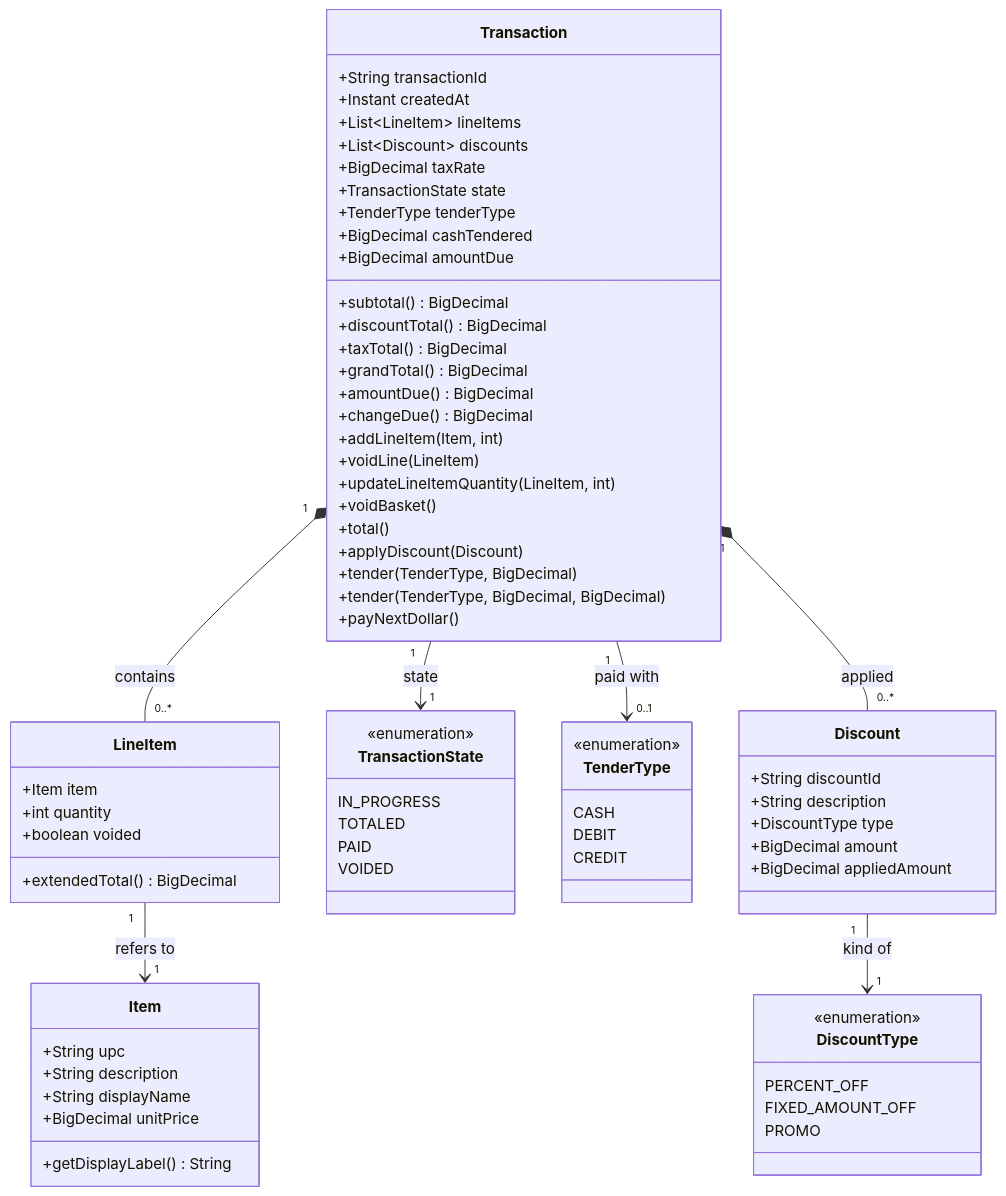
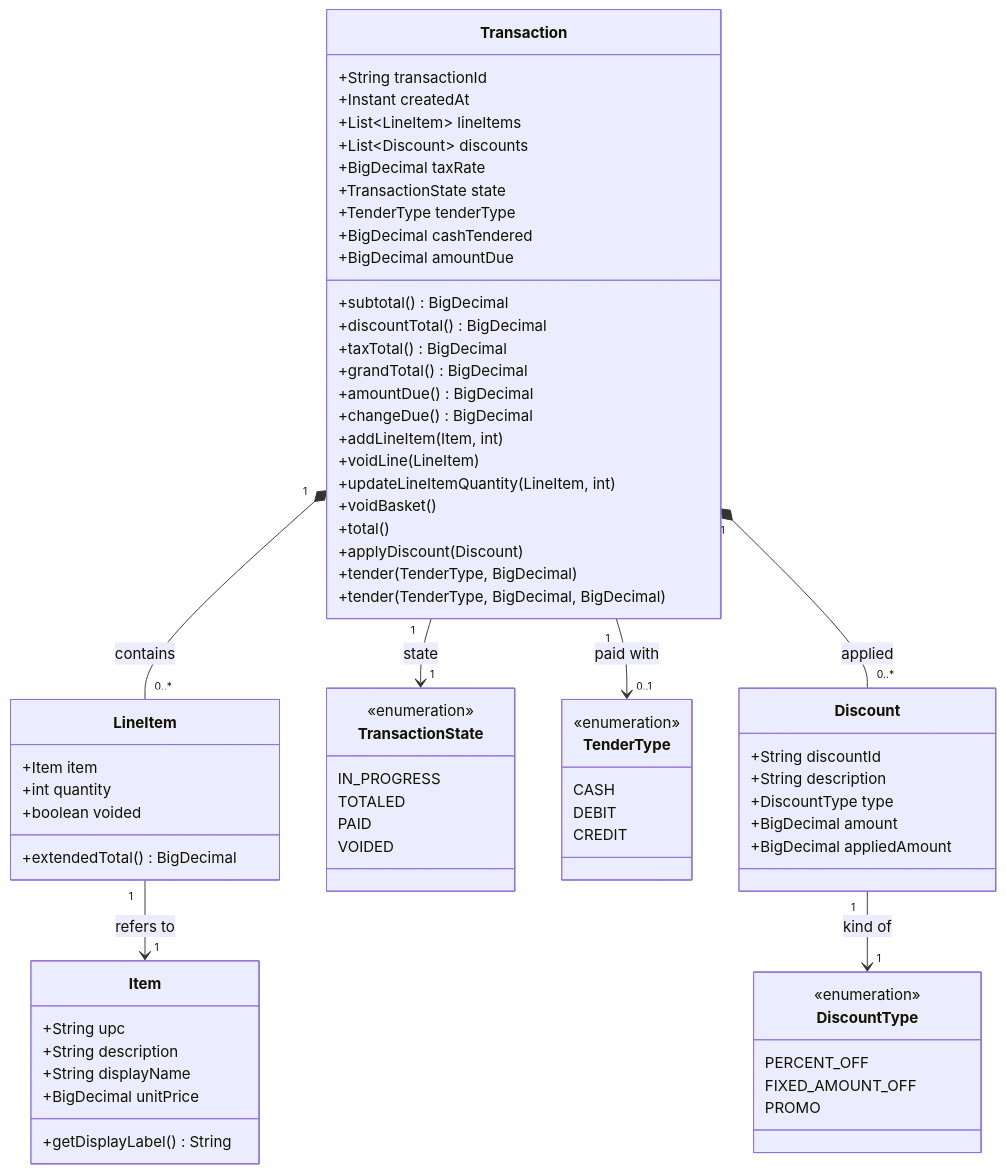
One commit to rhuel-laurente-rp/rocketpartners-pos changed the first of 2 diagrams in docs/Phase 1/domain-model.md. Above: the diagram before and after it, drawn with Mermaid. The commit also changed other lines of this file and 6 other files, not shown here.

Commit message:
fix: remove the payNextDollar function

````diff
--- a/docs/Phase 1/domain-model.md
+++ b/docs/Phase 1/domain-model.md
@@ -7,81 +7,80 @@
 ```mermaid
 classDiagram
     class Item {
         +String upc
         +String description
         +String displayName
         +BigDecimal unitPrice
         +getDisplayLabel() String
     }
 
     class LineItem {
         +Item item
         +int quantity
         +boolean voided
         +extendedTotal() BigDecimal
     }
 
     class Transaction {
         +String transactionId
         +Instant createdAt
         +List~LineItem~ lineItems
         +List~Discount~ discounts
         +BigDecimal taxRate
         +TransactionState state
         +TenderType tenderType
         +BigDecimal cashTendered
         +BigDecimal amountDue
         +subtotal() BigDecimal
         +discountTotal() BigDecimal
         +taxTotal() BigDecimal
         +grandTotal() BigDecimal
         +amountDue() BigDecimal
         +changeDue() BigDecimal
         +addLineItem(Item, int)
         +voidLine(LineItem)
         +updateLineItemQuantity(LineItem, int)
         +voidBasket()
         +total()
         +applyDiscount(Discount)
         +tender(TenderType, BigDecimal)
         +tender(TenderType, BigDecimal, BigDecimal)
-        +payNextDollar()
     }
 
     class TransactionState {
         <<enumeration>>
         IN_PROGRESS
         TOTALED
         PAID
         VOIDED
     }
 
     class TenderType {
         <<enumeration>>
         CASH
         DEBIT
         CREDIT
     }
 
     class Discount {
         +String discountId
         +String description
         +DiscountType type
         +BigDecimal amount
         +BigDecimal appliedAmount
     }
 
     class DiscountType {
         <<enumeration>>
         PERCENT_OFF
         FIXED_AMOUNT_OFF
         PROMO
     }
 
     Transaction "1" *-- "0..*" LineItem : contains
     Transaction "1" *-- "0..*" Discount : applied
     Transaction "1" --> "1" TransactionState : state
     Transaction "1" --> "0..1" TenderType : paid with
     LineItem "1" --> "1" Item : refers to
     Discount "1" --> "1" DiscountType : kind of
 ```
````
